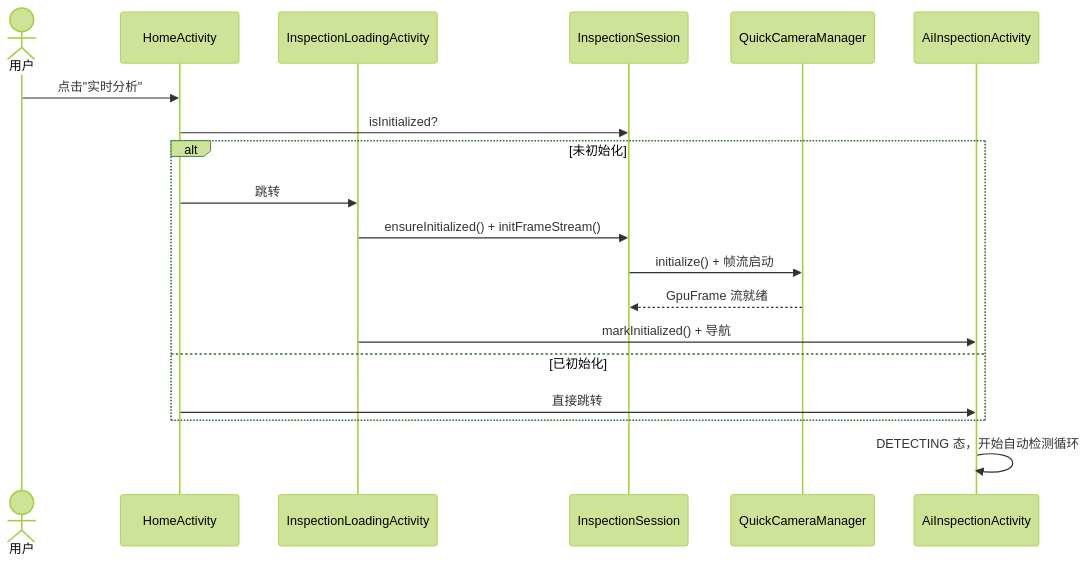
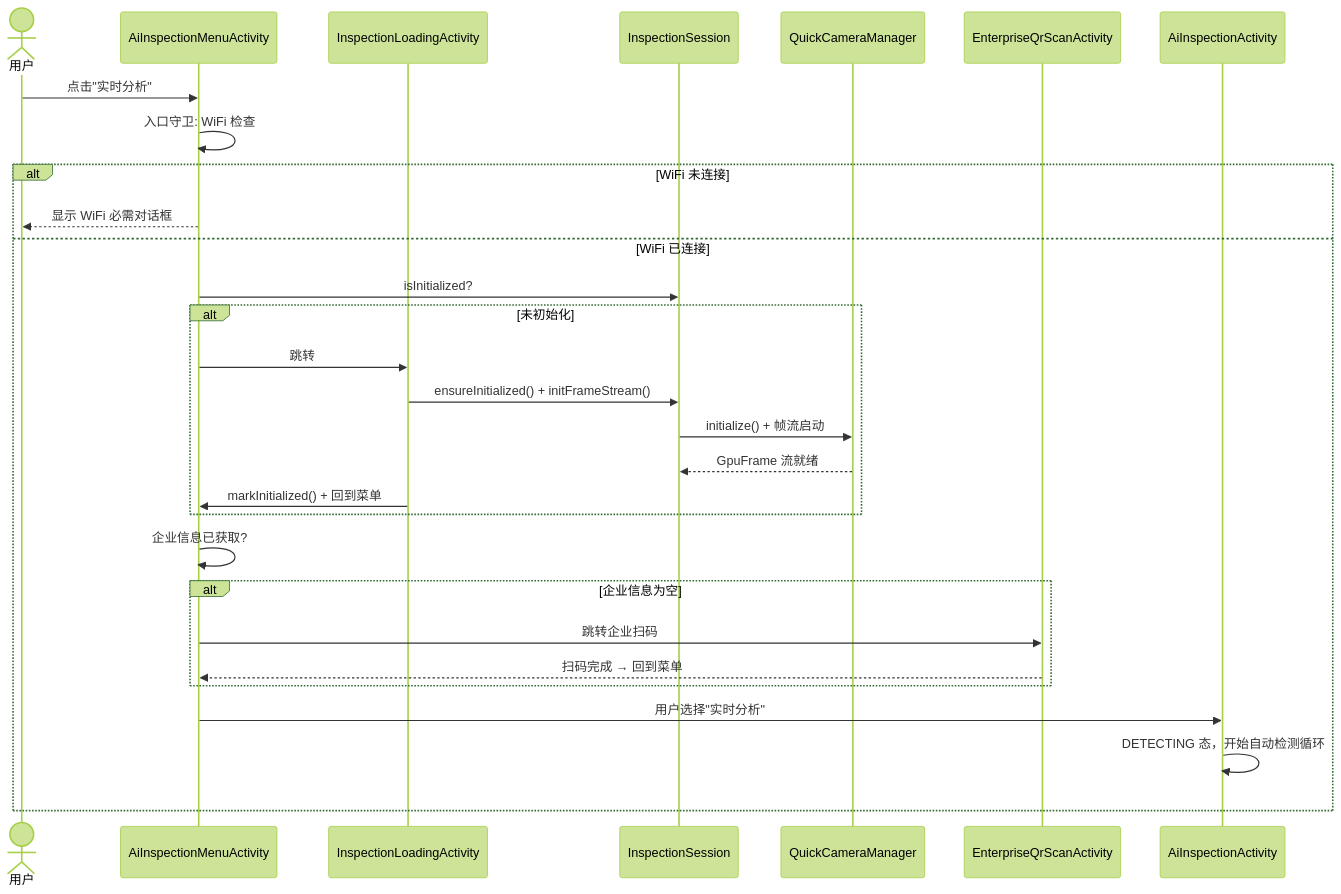
One commit to WuChaoli/HiddenRiskGlass changed the third of 8 diagrams in docs/CODEMAPS.md. Above: the diagram before and after it, drawn with Mermaid (forest theme). The commit also changed 3 other files, not shown here.

First line of the commit message:
docs: remove WiFi QR references and update entry guard flow in documentation

````diff
--- a/docs/CODEMAPS.md
+++ b/docs/CODEMAPS.md
@@ -133,22 +133,32 @@
 ```mermaid
 sequenceDiagram
     actor User as 用户
-    participant Menu as HomeActivity
+    participant Menu as AiInspectionMenuActivity
     participant Loading as InspectionLoadingActivity
     participant Session as InspectionSession
     participant Camera as QuickCameraManager
+    participant QrScan as EnterpriseQrScanActivity
     participant AI as AiInspectionActivity
 
     User->>Menu: 点击"实时分析"
-    Menu->>Session: isInitialized?
-    alt 未初始化
-        Menu->>Loading: 跳转
-        Loading->>Session: ensureInitialized() + initFrameStream()
-        Session->>Camera: initialize() + 帧流启动
-        Camera-->>Session: GpuFrame 流就绪
-        Loading->>AI: markInitialized() + 导航
-    else 已初始化
-        Menu->>AI: 直接跳转
+    Menu->>Menu: 入口守卫: WiFi 检查
+    alt WiFi 未连接
+        Menu-->>User: 显示 WiFi 必需对话框
+    else WiFi 已连接
+        Menu->>Session: isInitialized?
+        alt 未初始化
+            Menu->>Loading: 跳转
+            Loading->>Session: ensureInitialized() + initFrameStream()
+            Session->>Camera: initialize() + 帧流启动
+            Camera-->>Session: GpuFrame 流就绪
+            Loading->>Menu: markInitialized() + 回到菜单
+        end
+        Menu->>Menu: 企业信息已获取?
+        alt 企业信息为空
+            Menu->>QrScan: 跳转企业扫码
+            QrScan-->>Menu: 扫码完成 → 回到菜单
+        end
+        Menu->>AI: 用户选择"实时分析"
+        AI->>AI: DETECTING 态，开始自动检测循环
     end
-    AI->>AI: DETECTING 态，开始自动检测循环
 ```
````
